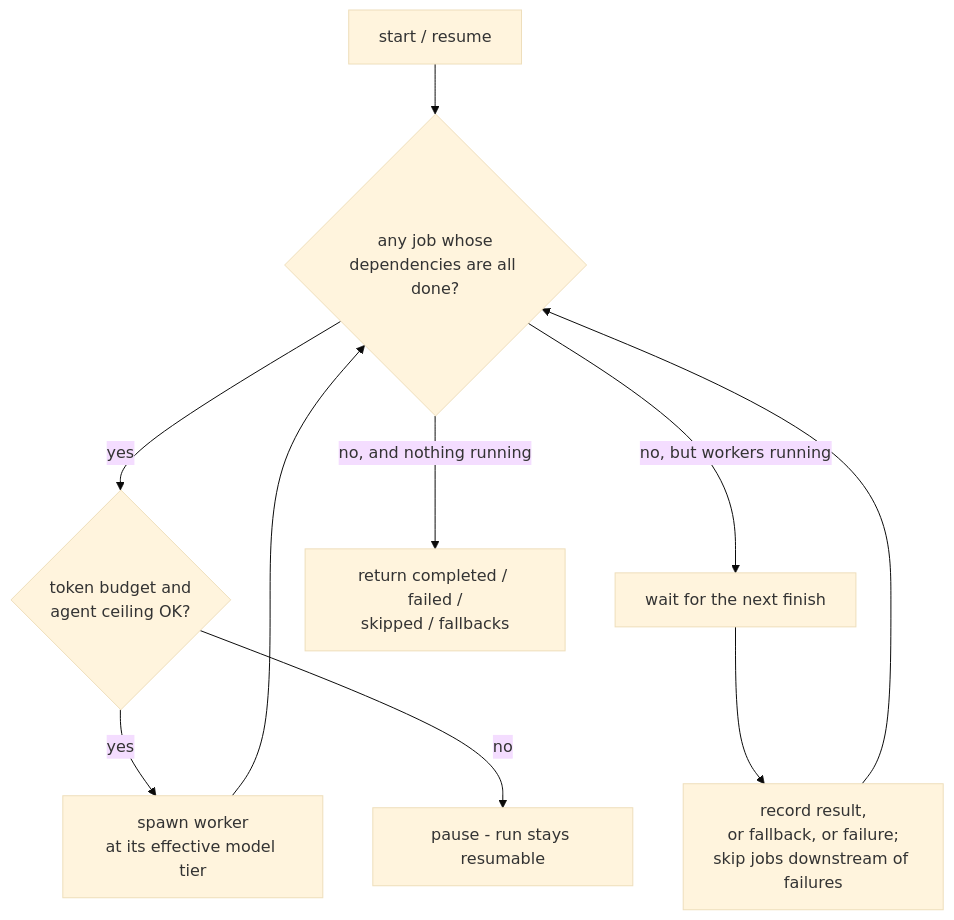
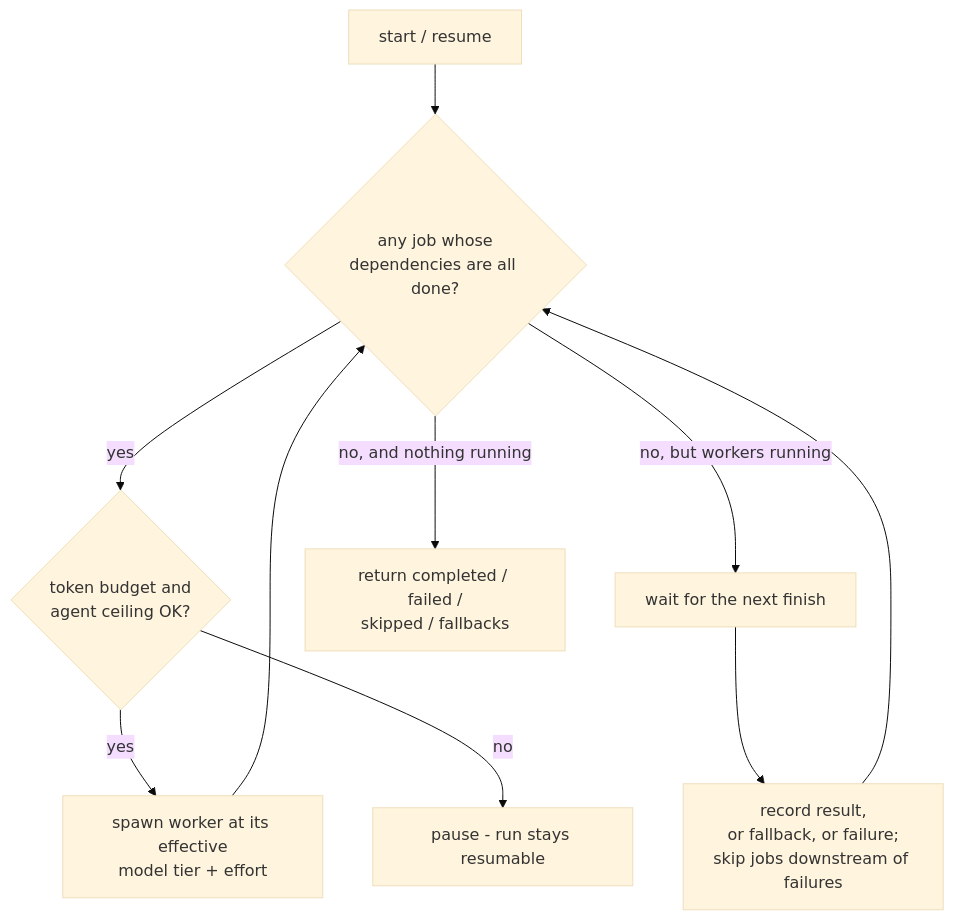
The seventh of 8 diagrams in README.md (varmabudharaju/swarm), drawn with Mermaid (base theme) before and after one commit. The commit also changed other lines of this file, not shown here.

````diff
--- a/README.md
+++ b/README.md
@@ -244,11 +343,11 @@
 ```mermaid
 flowchart TD
     s["start / resume"] --> r{"any job whose<br/>dependencies are all done?"}
     r -->|yes| g{"token budget and<br/>agent ceiling OK?"}
-    g -->|yes| sp["spawn worker<br/>at its effective model tier"] --> r
+    g -->|yes| sp["spawn worker at its effective<br/>model tier + effort"] --> r
     g -->|no| pz["pause - run stays resumable"]
     r -->|"no, but workers running"| w["wait for the next finish"]
     w --> rec["record result,<br/>or fallback, or failure;<br/>skip jobs downstream of failures"]
     rec --> r
     r -->|"no, and nothing running"| d["return completed / failed /<br/>skipped / fallbacks"]
 ```
````
